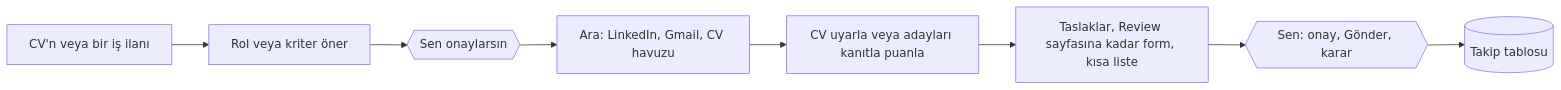
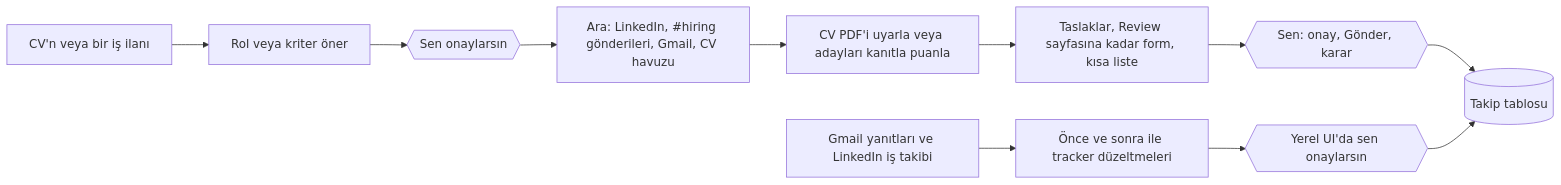
The diagram in README.tr.md (Kurusatsu/hirepair), drawn with Mermaid before and after one commit. The commit also changed other lines of this file and 7 other files, not shown here.

````diff
--- a/README.tr.md
+++ b/README.tr.md
@@ -94,10 +126,13 @@
 ```mermaid
 flowchart LR
   A[CV'n veya bir iş ilanı] --> B[Rol veya kriter öner]
   B --> C{{Sen onaylarsın}}
-  C --> D[Ara: LinkedIn, Gmail, CV havuzu]
-  D --> E[CV uyarla veya adayları kanıtla puanla]
+  C --> D[Ara: LinkedIn, #hiring gönderileri, Gmail, CV havuzu]
+  D --> E[CV PDF'i uyarla veya adayları kanıtla puanla]
   E --> F[Taslaklar, Review sayfasına kadar form, kısa liste]
   F --> G{{Sen: onay, Gönder, karar}}
   G --> H[(Takip tablosu)]
+  I[Gmail yanıtları ve LinkedIn iş takibi] --> J[Önce ve sonra ile tracker düzeltmeleri]
+  J --> K{{Yerel UI'da sen onaylarsın}}
+  K --> H
 ```
````
